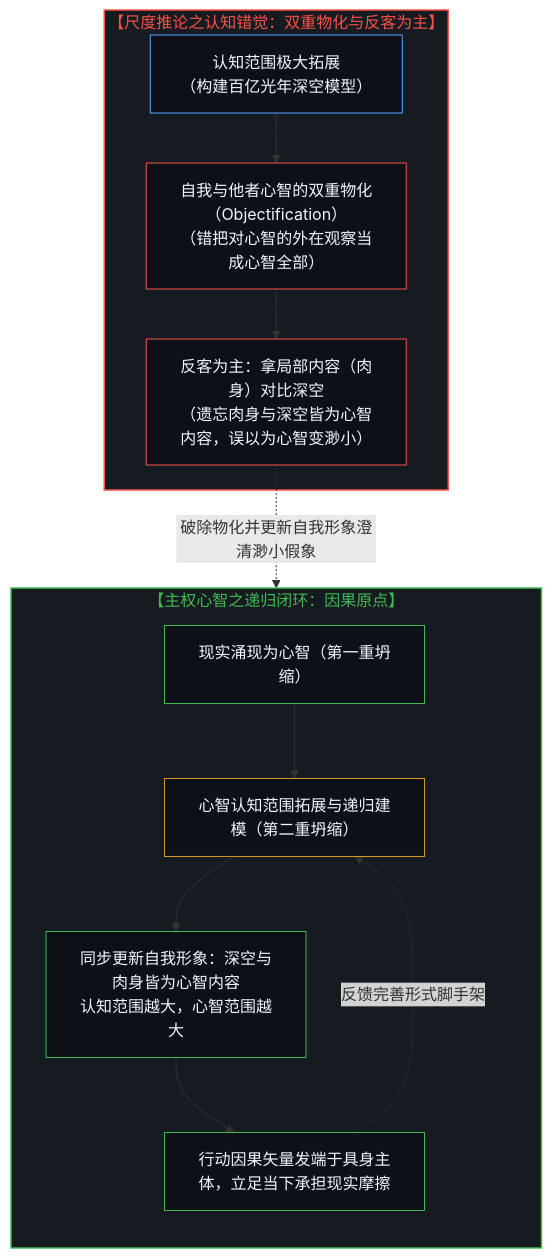
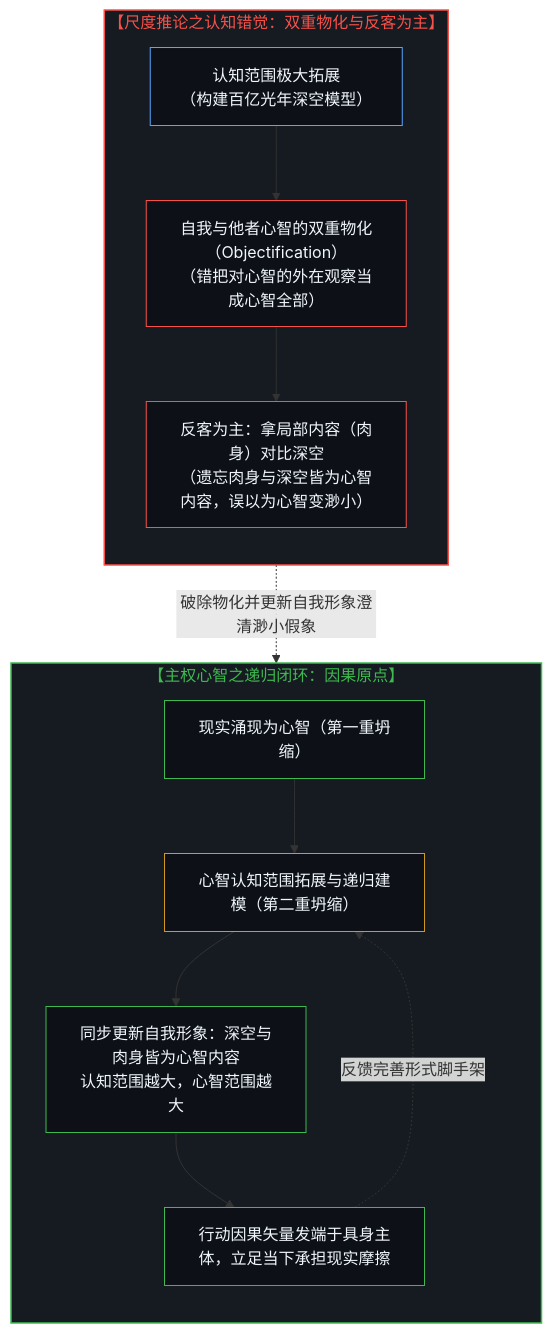
Before and after one commit to powerpig99/not-a-toe: the seventh of 8 diagrams in content/posts/one-cannot-escape-ones-own-mind.md, drawn with Mermaid. The commit also changed other lines of this file and 6 other files, not shown here.

````diff
--- a/content/posts/one-cannot-escape-ones-own-mind.md
+++ b/content/posts/one-cannot-escape-ones-own-mind.md
@@ -303,27 +323,28 @@
 ```mermaid
 flowchart TD
     subgraph S_RecursiveReality ["【主权心智之递归闭环：因果原点】"]
         direction TB
         RL1["现实涌现为心智（第一重坍缩）"] --> RL2["心智认知范围拓展与递归建模（第二重坍缩）"]
         RL2 --> RL3["同步更新自我形象：深空与肉身皆为心智内容<br/>认知范围越大，心智范围越大"]
         RL3 --> RL4["行动因果矢量发端于具身主体，立足当下承担现实摩擦"]
         RL4 -.->|"反馈完善形式脚手架"| RL2
     end
 
     subgraph S_ScaleDilution ["【尺度推论之认知错觉：双重物化与反客为主】"]
+        direction TB
         NE1["认知范围极大拓展<br/>（构建百亿光年深空模型）"] --> NE2["自我与他者心智的双重物化（Objectification）<br/>（错把对心智的外在观察当成心智全部）"]
         NE2 --> NE3["反客为主：拿局部内容（肉身）对比深空<br/>（遗忘肉身与深空皆为心智内容，误以为心智变渺小）"]
     end
 
     NE3 -.->|"破除物化并更新自我形象澄清渺小假象"| RL3
 
     style S_RecursiveReality fill:#161b22,stroke:#3fb950,stroke-width:1.5px,color:#3fb950
     style S_ScaleDilution fill:#161b22,stroke:#f85149,stroke-width:1.5px,color:#f85149
     style RL1 fill:#0d1117,stroke:#3fb950,stroke-width:1px,color:#f0f6fc
     style RL2 fill:#0d1117,stroke:#d29922,stroke-width:1px,color:#f0f6fc
     style RL3 fill:#0d1117,stroke:#3fb950,stroke-width:1px,color:#f0f6fc
     style RL4 fill:#0d1117,stroke:#3fb950,stroke-width:1px,color:#f0f6fc
     style NE1 fill:#0d1117,stroke:#58a6ff,stroke-width:1px,color:#f0f6fc
     style NE2 fill:#0d1117,stroke:#f85149,stroke-width:1px,color:#f0f6fc
     style NE3 fill:#0d1117,stroke:#f85149,stroke-width:1px,color:#f0f6fc
 ```
````
